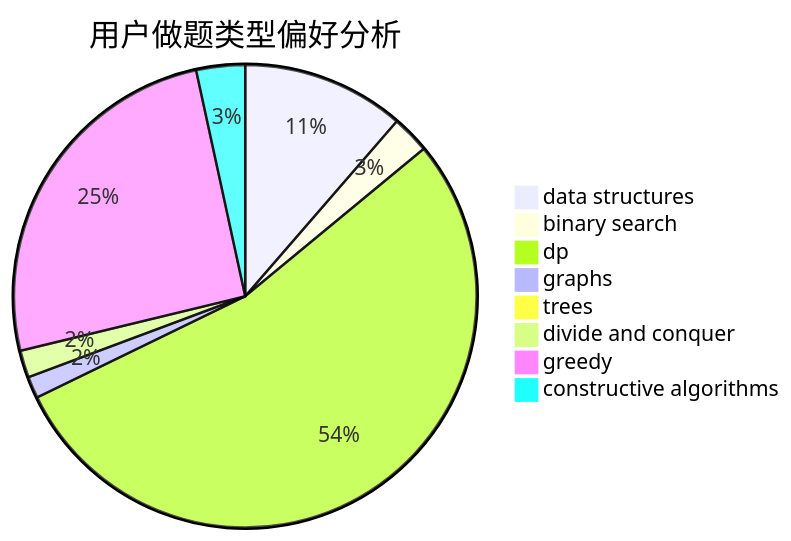
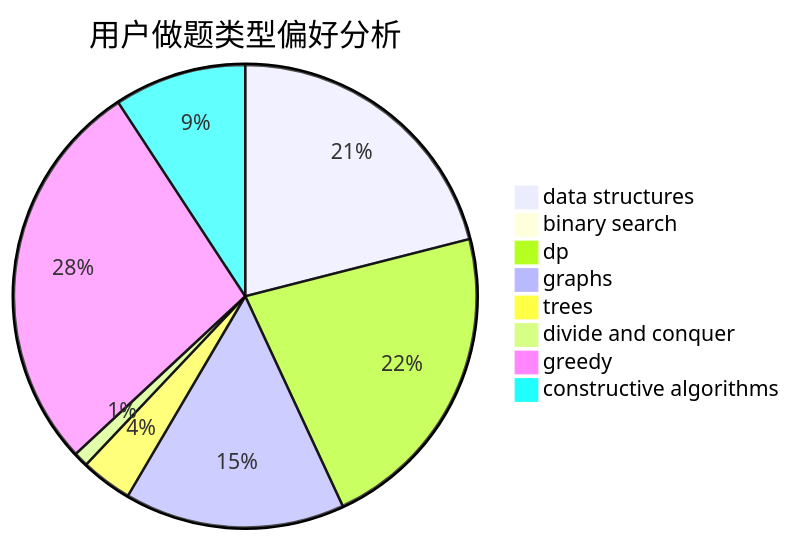
The second of 3 diagrams in docs/user/u759.md (sherpahu/cfrs.github.io), drawn with Mermaid before and after one commit. The commit also changed other lines of this file and 2770 other files, not shown here.

````diff
--- a/docs/user/u759.md
+++ b/docs/user/u759.md
@@ -23,11 +23,11 @@
 ```mermaid
 pie title 用户做题类型偏好分析
-    "data structures" :  30
-    "binary search" :  7
-    "dp" :  142
-    "graphs" :  4
-    "trees" :  0
-    "divide and conquer" :  5
-    "greedy" :  67
-    "constructive algorithms" :  9
+    "data structures" :  41
+    "binary search" :  0
+    "dp" :  43
+    "graphs" :  30
+    "trees" :  7
+    "divide and conquer" :  2
+    "greedy" :  54
+    "constructive algorithms" :  18
 ```
````
